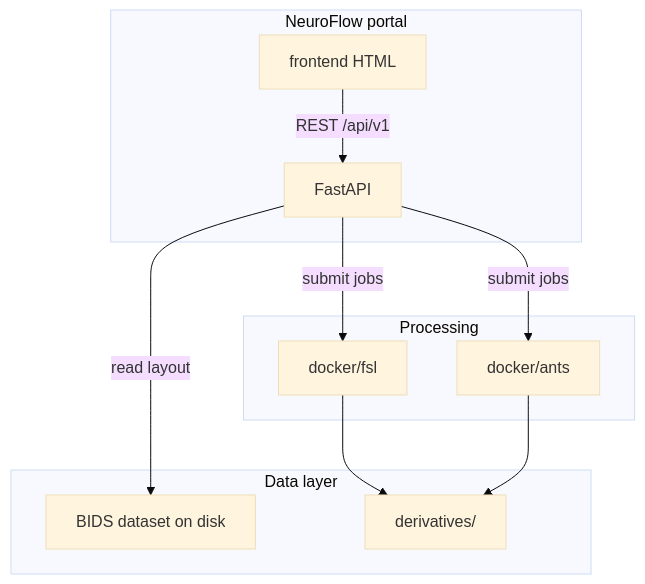
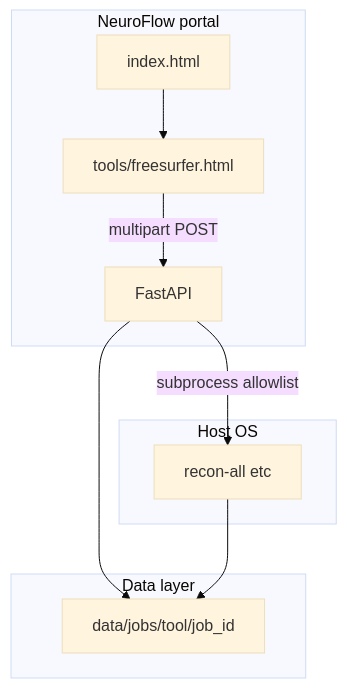
One commit to acsenrafilho/neuroflow changed the diagram in docs/architecture.md. Above: the diagram before and after it, drawn with Mermaid (base theme). The commit also changed other lines of this file and 69 other files, not shown here.

Commit message:
Refactor project structure and documentation. Update .env.example for new data paths, remove unused Docker files, and adjust Makefile targets. Revise README to clarify project purpose and usage instructions. Enhance design documentation to reflect changes in UI and tool integration.

````diff
--- a/docs/architecture.md
+++ b/docs/architecture.md
@@ -5,21 +5,19 @@
 ```mermaid
 flowchart TB
   subgraph portal [NeuroFlow portal]
-    UI[frontend HTML]
+    Hub[index.html]
+    ToolPage[tools/freesurfer.html]
     API[FastAPI]
   end
-  subgraph data [Data layer]
-    BIDS[BIDS dataset on disk]
-    DERIV[derivatives/]
+  subgraph disk [Data layer]
+    Jobs[data/jobs/tool/job_id]
   end
-  subgraph compute [Processing]
-    FSL[docker/fsl]
-    ANTS[docker/ants]
+  subgraph host [Host OS]
+    CLI[recon-all etc]
   end
-  UI -->|REST /api/v1| API
-  API -->|read layout| BIDS
-  API -->|submit jobs| FSL
-  API -->|submit jobs| ANTS
-  FSL --> DERIV
-  ANTS --> DERIV
+  Hub --> ToolPage
+  ToolPage -->|multipart POST| API
+  API --> Jobs
+  API -->|subprocess allowlist| CLI
+  CLI --> Jobs
 ```
````
